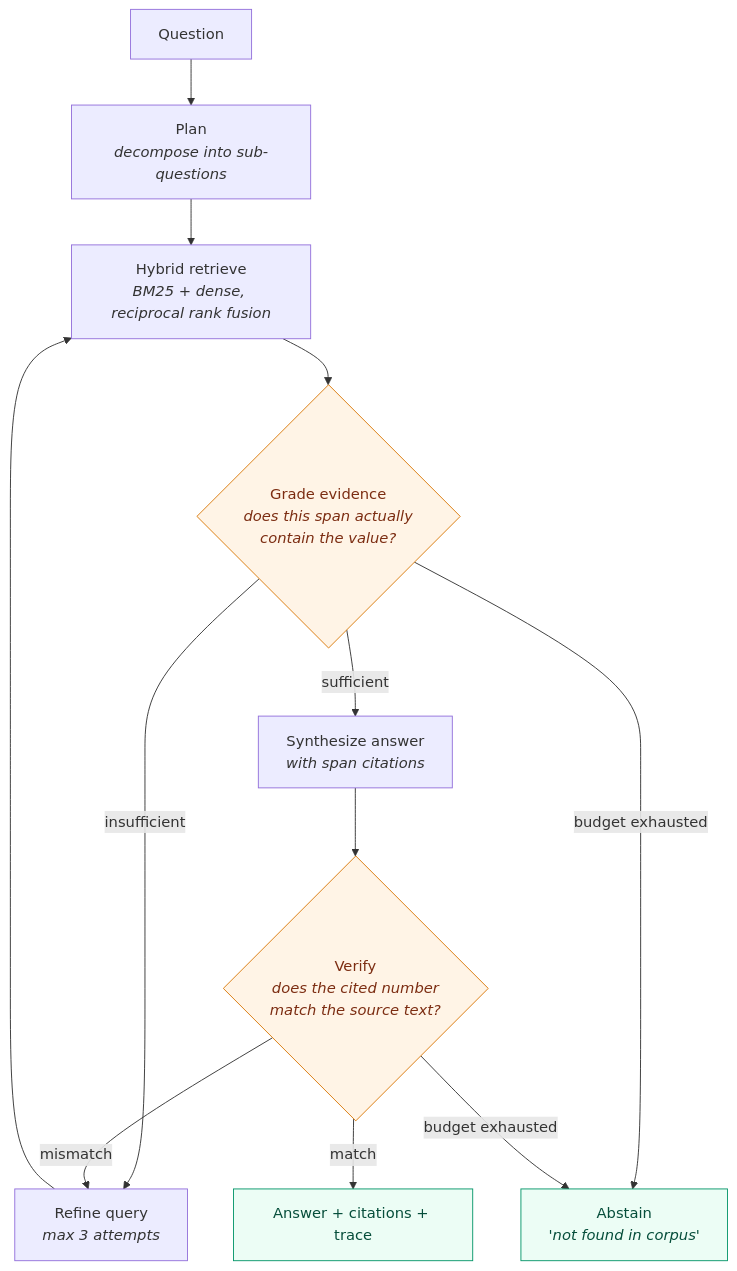
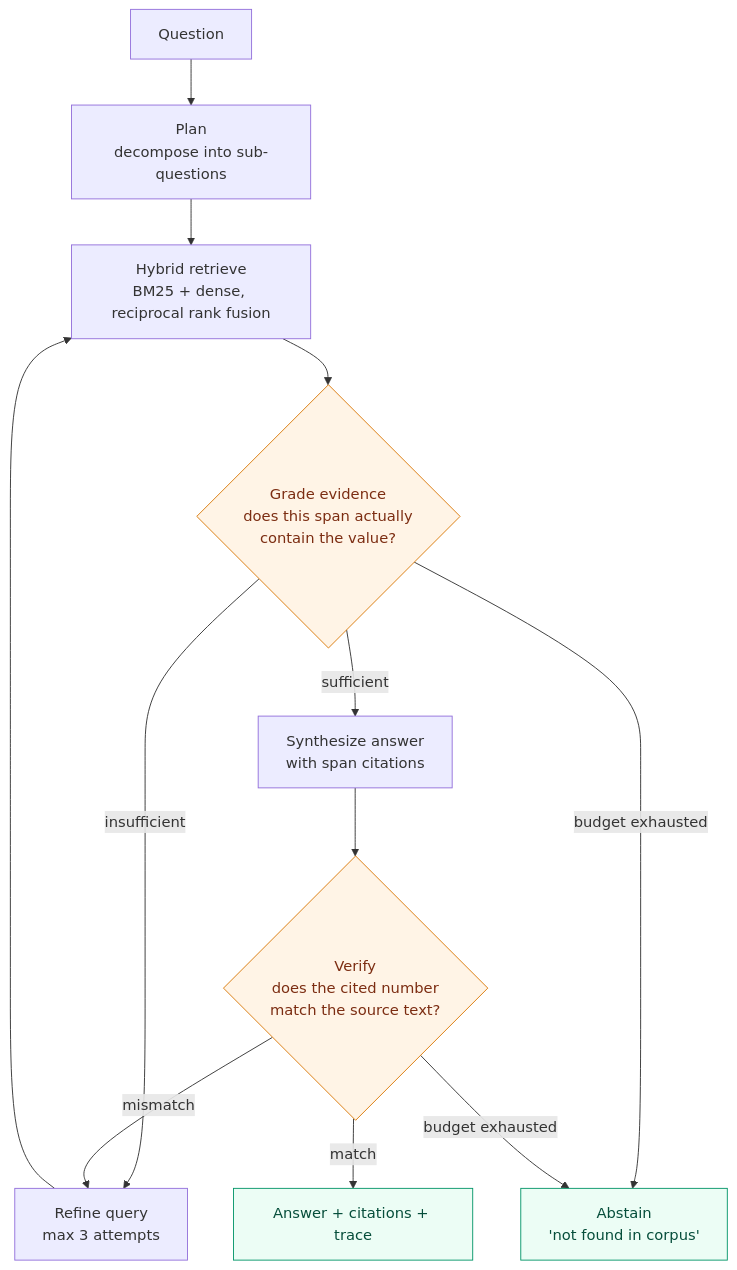
The diagram in README.md (ingyukoh/agentic-rag-eval), drawn with Mermaid before and after one commit.

Commit message:
README: drop inline HTML italics from the mermaid labels
GitHub's mermaid renderer does not reliably apply <i> inside node labels,
and a diagram that shows raw tags is worse than a plainer one on the
first screen a reviewer sees.

````diff
--- a/README.md
+++ b/README.md
@@ -37,19 +37,19 @@
 ```mermaid
 flowchart TD
-    Q["Question"] --> P["Plan<br/><i>decompose into sub-questions</i>"]
-    P --> R["Hybrid retrieve<br/><i>BM25 + dense, reciprocal rank fusion</i>"]
-    R --> G{"Grade evidence<br/><i>does this span actually<br/>contain the value?</i>"}
-    G -- insufficient --> RF["Refine query<br/><i>max 3 attempts</i>"]
+    Q["Question"] --> P["Plan<br/>decompose into sub-questions"]
+    P --> R["Hybrid retrieve<br/>BM25 + dense, reciprocal rank fusion"]
+    R --> G{"Grade evidence<br/>does this span actually<br/>contain the value?"}
+    G -- insufficient --> RF["Refine query<br/>max 3 attempts"]
     RF --> R
-    G -- sufficient --> S["Synthesize answer<br/><i>with span citations</i>"]
-    S --> V{"Verify<br/><i>does the cited number<br/>match the source text?</i>"}
+    G -- sufficient --> S["Synthesize answer<br/>with span citations"]
+    S --> V{"Verify<br/>does the cited number<br/>match the source text?"}
     V -- mismatch --> RF
     V -- match --> A["Answer + citations + trace"]
-    G -- budget exhausted --> AB["Abstain<br/><i>'not found in corpus'</i>"]
+    G -- budget exhausted --> AB["Abstain<br/>'not found in corpus'"]
     V -- budget exhausted --> AB
 
     classDef gate fill:#fff4e6,stroke:#d97706,color:#7c2d12
     classDef term fill:#ecfdf5,stroke:#059669,color:#064e3b
     class G,V gate
     class A,AB term
 ```
````
